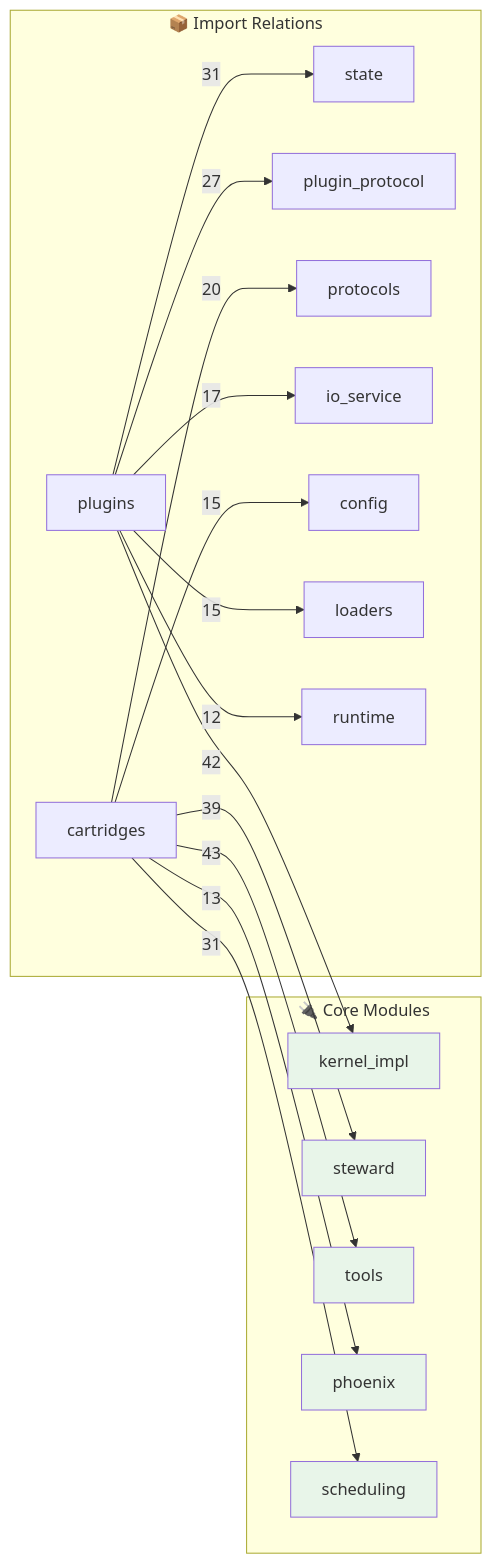
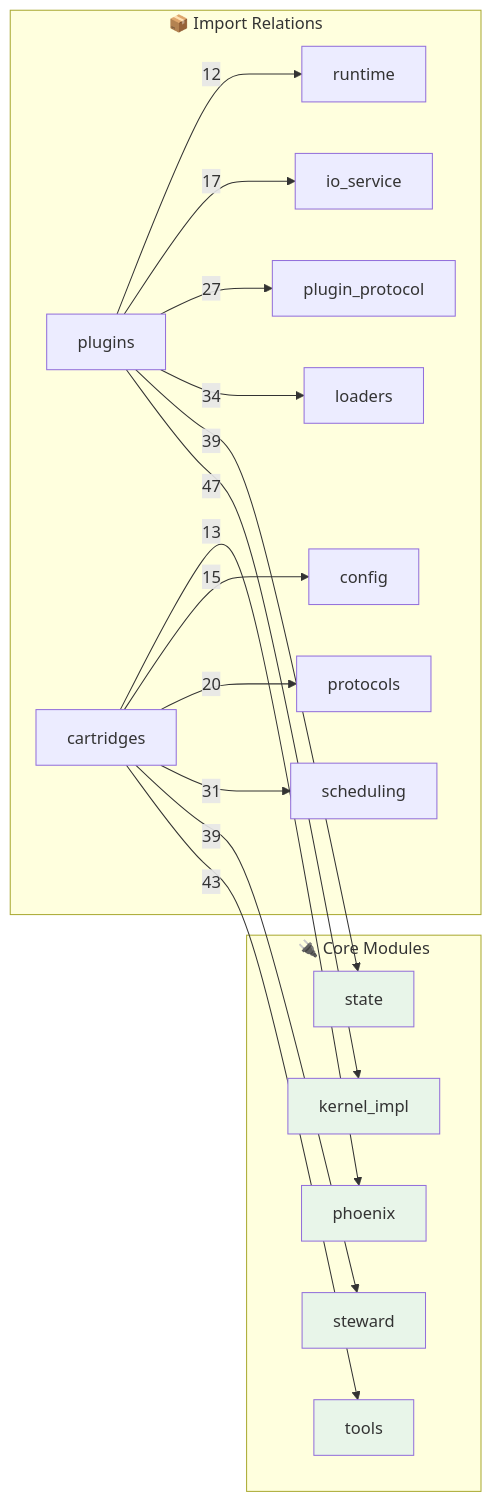
The second of 2 diagrams in OPUS.md (kimeisele/steward-protocol), drawn with Mermaid before and after one commit. The commit also changed other lines of this file and 6 other files, not shown here.

````diff
--- a/OPUS.md
+++ b/OPUS.md
@@ -686,31 +747,31 @@
 ```mermaid
 flowchart LR
     subgraph Core["🔌 Core Modules"]
         kernel_impl[kernel_impl]
         steward[steward]
         tools[tools]
+        state[state]
         phoenix[phoenix]
-        scheduling[scheduling]
     end
 
     subgraph Edges["📦 Import Relations"]
+        plugins -->|47| kernel_impl
         cartridges -->|43| tools
-        plugins -->|42| kernel_impl
         cartridges -->|39| steward
+        plugins -->|39| state
+        plugins -->|34| loaders
         cartridges -->|31| scheduling
-        plugins -->|31| state
         plugins -->|27| plugin_protocol
         cartridges -->|20| protocols
         plugins -->|17| io_service
         cartridges -->|15| config
-        plugins -->|15| loaders
         cartridges -->|13| phoenix
         plugins -->|12| runtime
     end
 
     style kernel_impl fill:#e8f5e9
     style steward fill:#e8f5e9
     style tools fill:#e8f5e9
+    style state fill:#e8f5e9
     style phoenix fill:#e8f5e9
-    style scheduling fill:#e8f5e9
 ```
````
